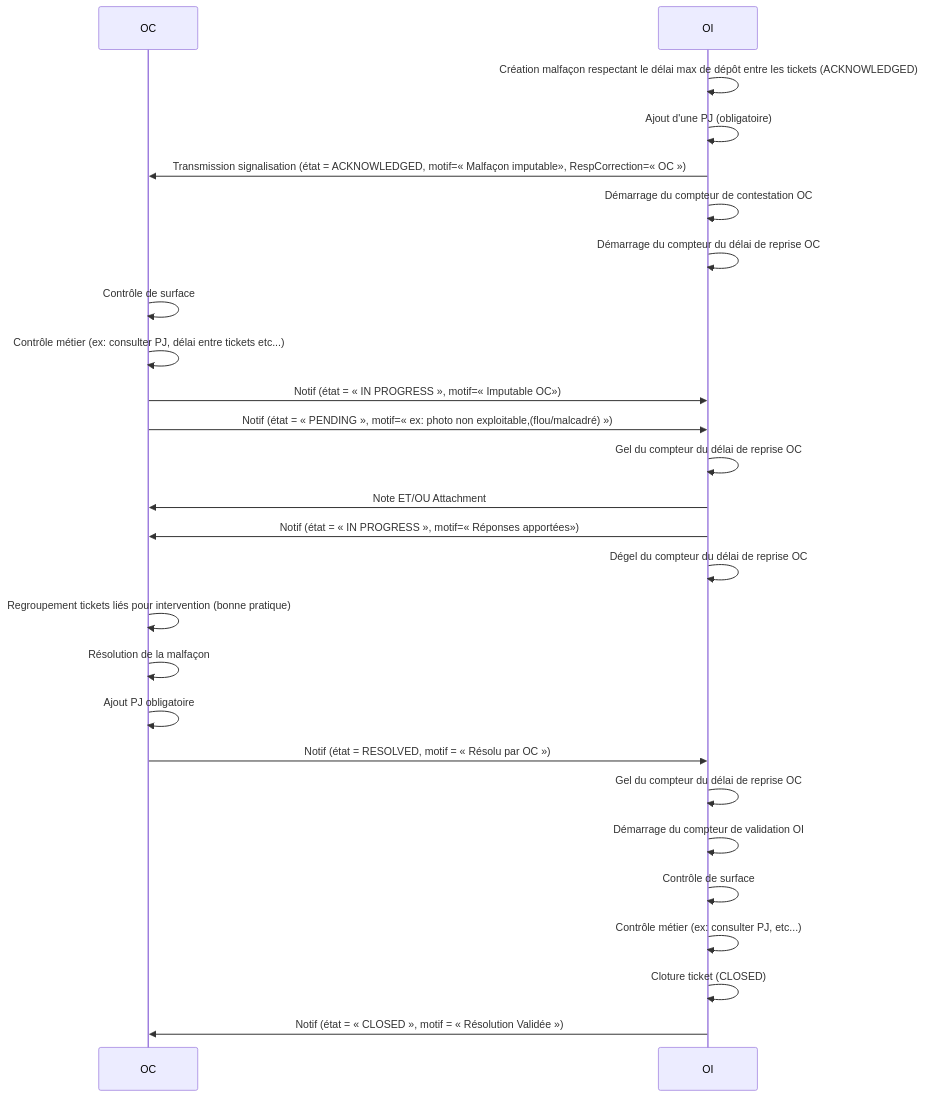
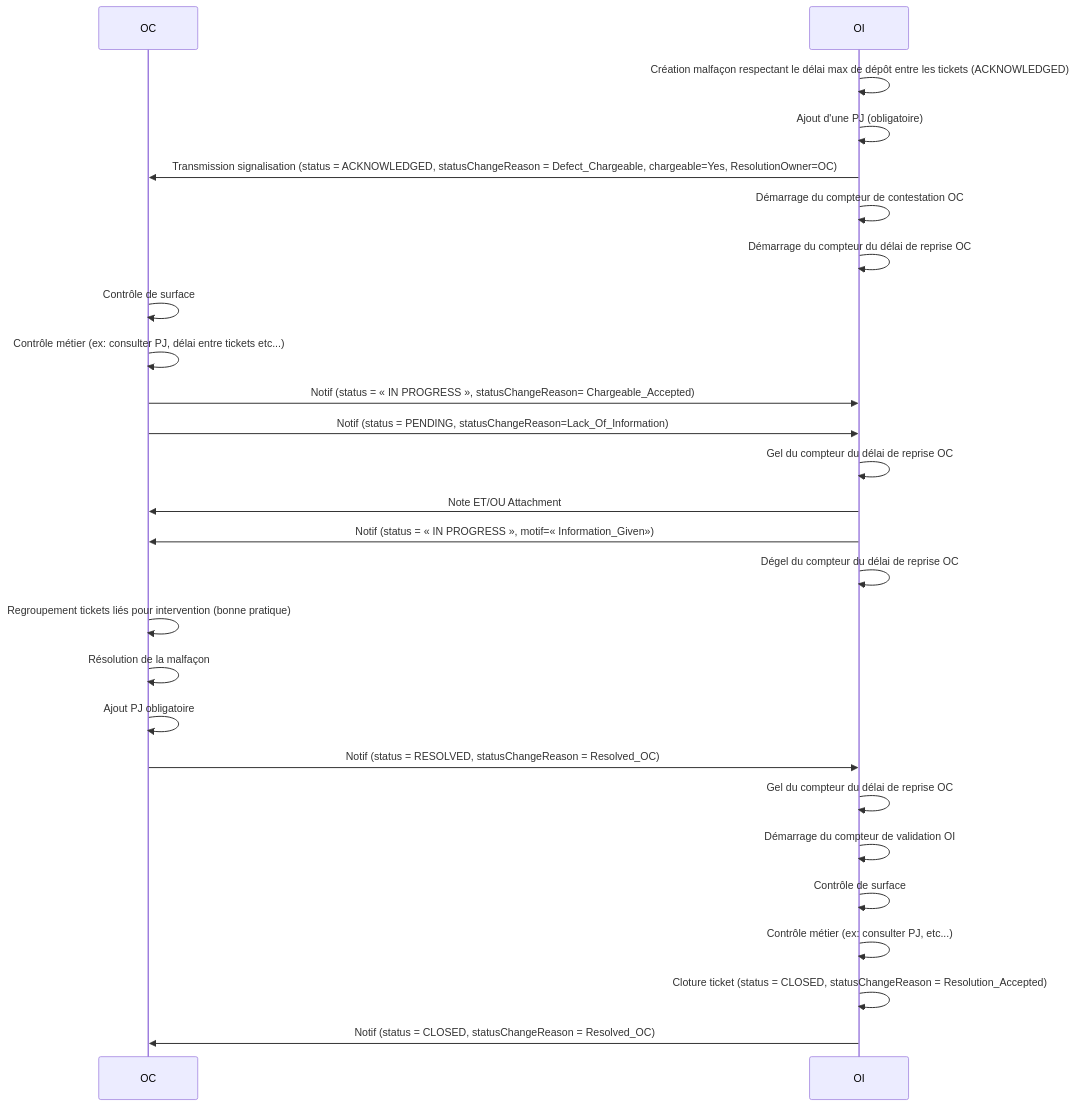
The eighth of 14 diagrams in README.md (before-interop/malfacon), drawn with Mermaid before and after one commit. The commit also changed other lines of this file and 1 other file, not shown here.

````diff
--- a/README.md
+++ b/README.md
@@ -427,30 +421,30 @@
 ```mermaid
 sequenceDiagram
 
   participant OC
   participant OI
 
   OI->>OI: Création malfaçon respectant le délai max de dépôt entre les tickets (ACKNOWLEDGED)
   OI->>OI: Ajout d'une PJ (obligatoire)
-  OI->>OC: Transmission signalisation (état = ACKNOWLEDGED, motif=« Malfaçon imputable», RespCorrection=« OC »)
+  OI->>OC: Transmission signalisation (status = ACKNOWLEDGED, statusChangeReason = Defect_Chargeable, chargeable=Yes, ResolutionOwner=OC)
   OI->>OI: Démarrage du compteur de contestation OC
   OI->>OI: Démarrage du compteur du délai de reprise OC
   OC->>OC: Contrôle de surface
   OC->>OC: Contrôle métier (ex: consulter PJ, délai entre tickets etc...)
-  OC->>OI: Notif (état = « IN PROGRESS », motif=« Imputable OC»)
-  OC->>OI: Notif (état = « PENDING », motif=« ex: photo non exploitable,(flou/malcadré) »)
+  OC->>OI: Notif (status = « IN PROGRESS », statusChangeReason= Chargeable_Accepted)
+  OC->>OI: Notif (status = PENDING, statusChangeReason=Lack_Of_Information)
   OI->>OI: Gel du compteur du délai de reprise OC
   OI->>OC: Note ET/OU Attachment
-  OI->>OC: Notif (état = « IN PROGRESS », motif=« Réponses apportées»)
+  OI->>OC: Notif (status = « IN PROGRESS », motif=« Information_Given»)
   OI->>OI: Dégel du compteur du délai de reprise OC
   OC->>OC: Regroupement tickets liés pour intervention (bonne pratique)
   OC->>OC: Résolution de la malfaçon
   OC->>OC: Ajout PJ obligatoire
-  OC->>OI: Notif (état = RESOLVED, motif = « Résolu par OC »)
+  OC->>OI: Notif (status = RESOLVED, statusChangeReason = Resolved_OC)
   OI->>OI: Gel du compteur du délai de reprise OC
   OI->>OI: Démarrage du compteur de validation OI
   OI->>OI: Contrôle de surface
   OI->>OI: Contrôle métier (ex: consulter PJ, etc...)
-  OI->>OI: Cloture ticket (CLOSED)
-  OI->>OC: Notif (état = « CLOSED », motif = « Résolution Validée »)
+  OI->>OI: Cloture ticket (status = CLOSED, statusChangeReason = Resolution_Accepted)
+  OI->>OC: Notif (status = CLOSED, statusChangeReason = Resolved_OC)
 ```
````
